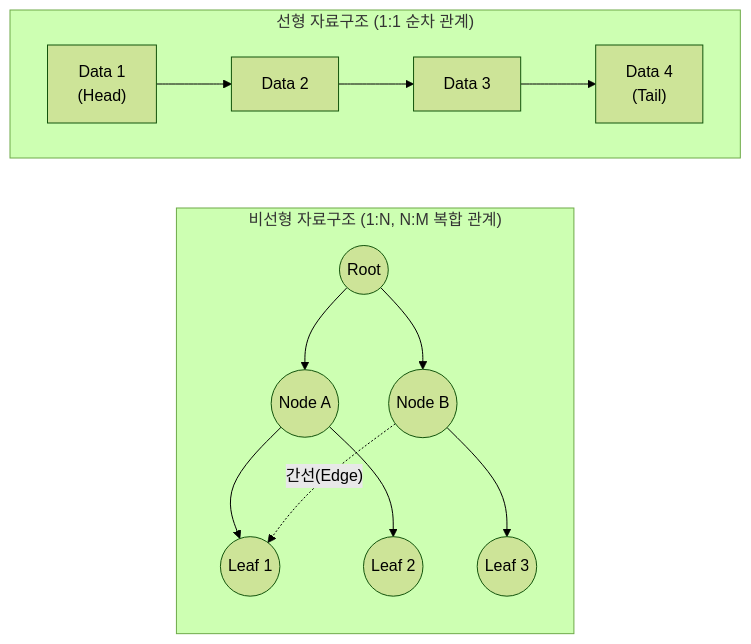
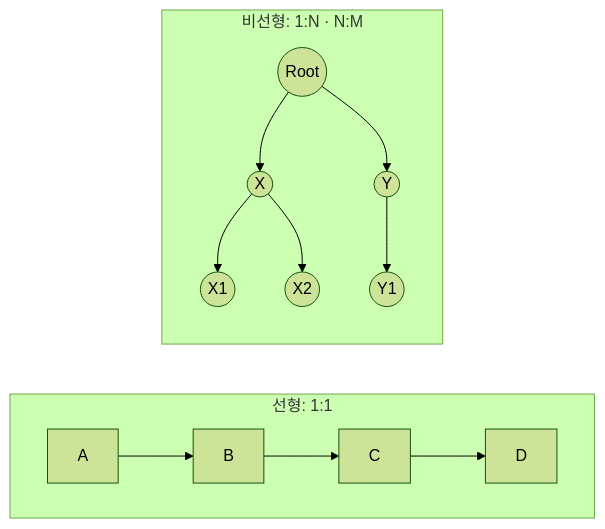
The diagram in content/01_IT Tech/선형 자료구조와 비선형 자료구조.md (supremethumb/supremethumb.github.io), drawn with Mermaid (forest theme) before and after one commit. The commit also changed other lines of this file and 1087 other files, not shown here.

````diff
--- a/content/01_IT Tech/선형 자료구조와 비선형 자료구조.md
+++ b/content/01_IT Tech/선형 자료구조와 비선형 자료구조.md
@@ -25,22 +34,15 @@
 ```mermaid
-flowchart TD
-    subgraph Linear["선형 자료구조 (1:1 순차 관계)"]
+flowchart LR
+    subgraph L["선형: 1:1"]
         direction LR
-        N1["Data 1<br/>(Head)"] --> N2["Data 2"] 
-        N2 --> N3["Data 3"] 
-        N3 --> N4["Data 4<br/>(Tail)"]
+        A1["A"] --> A2["B"] --> A3["C"] --> A4["D"]
     end
-
-    subgraph NonLinear["비선형 자료구조 (1:N, N:M 복합 관계)"]
-        direction TD
-        R((Root)) --> C1((Node A))
-        R --> C2((Node B))
-        C1 --> L1((Leaf 1))
-        C1 --> L2((Leaf 2))
-        C2 --> L3((Leaf 3))
-        C2 -. 간선(Edge) .-> L1
+    subgraph N["비선형: 1:N · N:M"]
+        direction TB
+        R(("Root")) --> X(("X"))
+        R --> Y(("Y"))
+        X --> X1(("X1"))
+        X --> X2(("X2"))
+        Y --> Y1(("Y1"))
     end
-    
-    Linear ~~~ NonLinear
-
 ```
````
